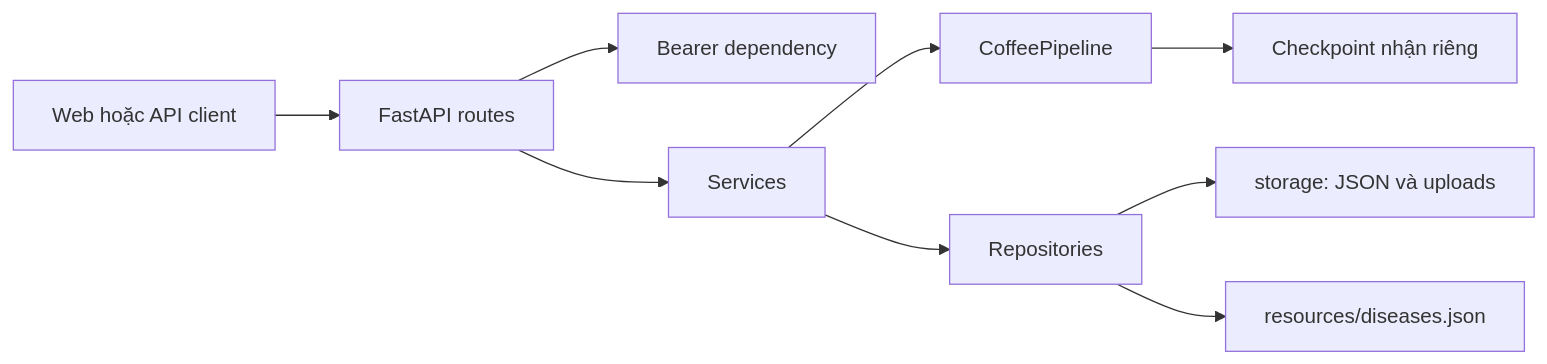
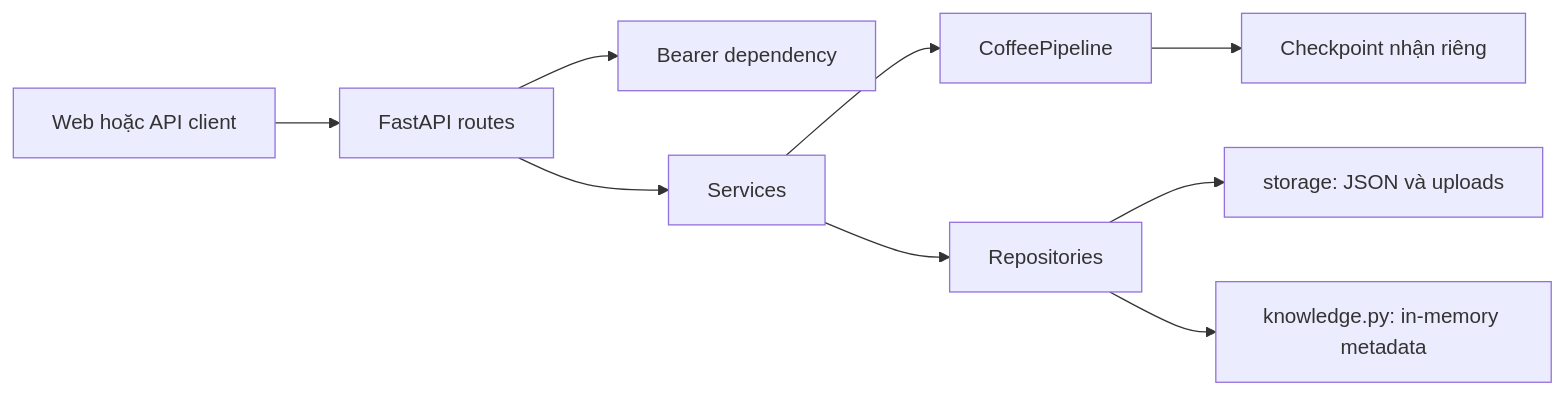
Before and after one commit to VKUNeMo/cafe-application: the diagram in docs/architecture.md, drawn with Mermaid. The commit also changed 9 other files, not shown here.

````diff
--- a/docs/architecture.md
+++ b/docs/architecture.md
@@ -3,11 +3,11 @@
 ```mermaid
 flowchart LR
     Client[Web hoặc API client] --> Routes[FastAPI routes]
     Routes --> Auth[Bearer dependency]
     Routes --> Services[Services]
     Services --> Inference[CoffeePipeline]
     Services --> Repositories[Repositories]
     Inference --> Models[Checkpoint nhận riêng]
     Repositories --> Storage[storage: JSON và uploads]
-    Repositories --> Knowledge[resources/diseases.json]
+    Repositories --> Knowledge[knowledge.py: in-memory metadata]
 ```
````
